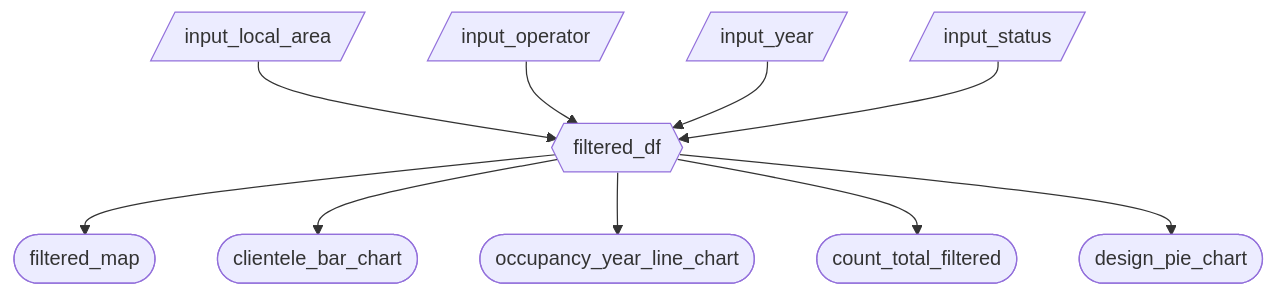
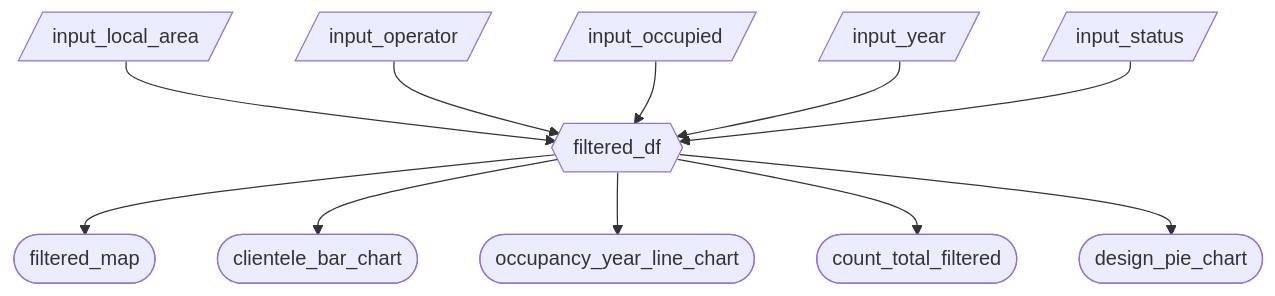
Before and after one commit to UBC-MDS/DSCI-532_2026_20_non_market_housing: the diagram in reports/m2_spec.md, drawn with Mermaid. The commit also changed other lines of this file, not shown here.

Commit message:
add occupied checkbox input to requirements

````diff
--- a/reports/m2_spec.md
+++ b/reports/m2_spec.md
@@ -28,13 +29,14 @@
 ``` mermaid
 flowchart TD
   A[/input_local_area/] --> F{{filtered_df}}
   B[/input_operator/] --> F
-  C[/input_year/] --> F
-  D[/input_status/] --> F
+  C[/input_occupied/] --> F
+  D[/input_year/] --> F
+  E[/input_status/] --> F
 
   F --> M([filtered_map])
   F --> BC([clientele_bar_chart])
   F --> LC([occupancy_year_line_chart])
   F --> CV([count_total_filtered])
   F --> DS([design_pie_chart])
 ```
````
